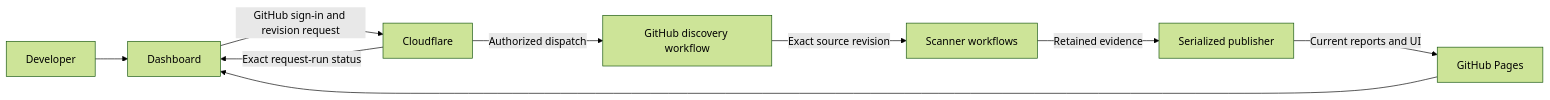
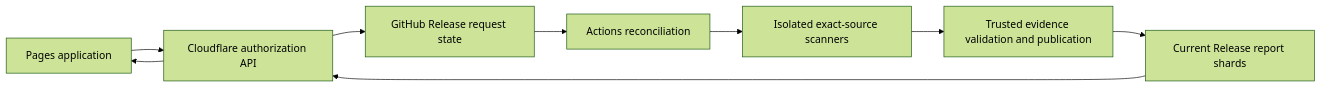
The diagram in docs/code-analysis/SERVICE_ARCHITECTURE.md (combustrrr/code-analysis-dashboard), drawn with Mermaid (forest theme) before and after one commit. The commit also changed other lines of this file and 28 other files, not shown here.

````diff
--- a/docs/code-analysis/SERVICE_ARCHITECTURE.md
+++ b/docs/code-analysis/SERVICE_ARCHITECTURE.md
@@ -309,11 +17,11 @@
 ```mermaid
 flowchart LR
-  Developer --> Dashboard
-  Dashboard -->|GitHub sign-in and revision request| Cloudflare
-  Cloudflare -->|Authorized dispatch| Discovery[GitHub discovery workflow]
-  Discovery -->|Exact source revision| Scanners[Scanner workflows]
-  Scanners -->|Retained evidence| Publisher[Serialized publisher]
-  Publisher -->|Current reports and UI| Pages[GitHub Pages]
-  Pages --> Dashboard
-  Cloudflare -->|Exact request-run status| Dashboard
+  UI[Pages application] --> Worker[Cloudflare authorization API]
+  Worker --> Queue[GitHub Release request state]
+  Queue --> Scheduler[Actions reconciliation]
+  Scheduler --> Scanners[Isolated exact-source scanners]
+  Scanners --> Publisher[Trusted evidence validation and publication]
+  Publisher --> Reports[Current Release report shards]
+  Reports --> Worker
+  Worker --> UI
 ```
````
